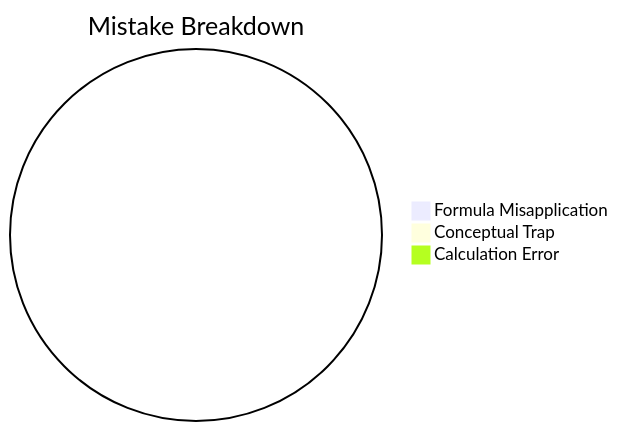
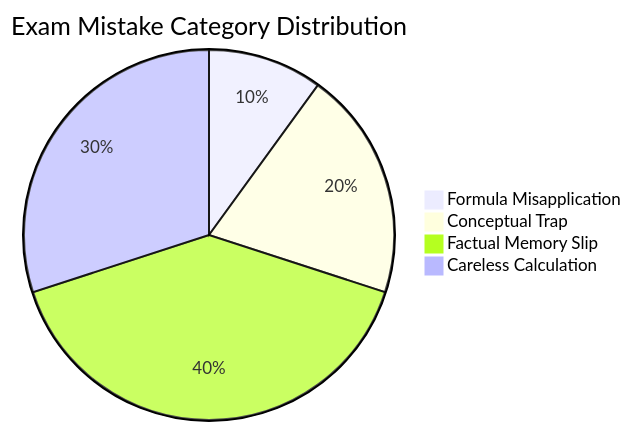
The second of 2 diagrams in content/cds/cds_overview.md (skc-coder/SAGE), drawn with Mermaid before and after one commit. The commit also changed other lines of this file, not shown here.

````diff
--- a/content/cds/cds_overview.md
+++ b/content/cds/cds_overview.md
@@ -13,6 +101,7 @@
 ```mermaid
-pie title Mistake Breakdown
-    "Formula Misapplication" : 0
-    "Conceptual Trap" : 0
-    "Calculation Error" : 0
+pie title Exam Mistake Category Distribution
+    "Formula Misapplication" : 10
+    "Conceptual Trap" : 20
+    "Factual Memory Slip" : 40
+    "Careless Calculation" : 30
 ```
````
